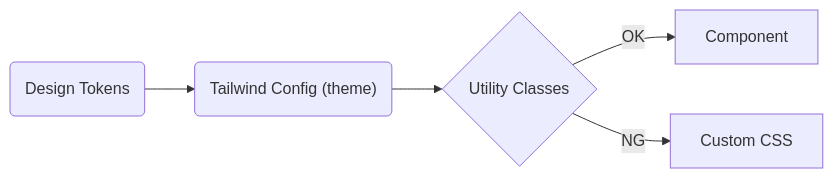
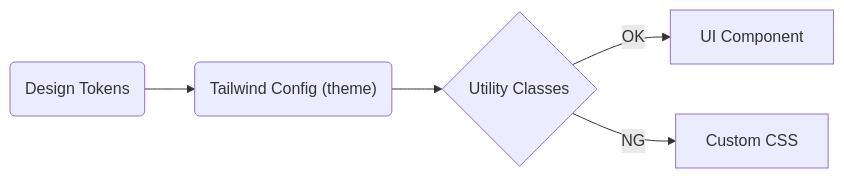
One commit to hairihou/zenn changed the diagram in books/create-ui-library-vue/02.setup-project.md. Above: the diagram before and after it, drawn with Mermaid. The commit also changed other lines of this file and 1 other file, not shown here.

````diff
--- a/books/create-ui-library-vue/02.setup-project.md
+++ b/books/create-ui-library-vue/02.setup-project.md
@@ -121,7 +121,7 @@
 ```mermaid
 graph LR
     A(Design Tokens) --> B("Tailwind Config (theme)")
     B --> C{Utility Classes}
-    C -->|OK| D[Component]
+    C -->|OK| D[UI Component]
     C -->|NG| E[Custom CSS]
 ```
````
